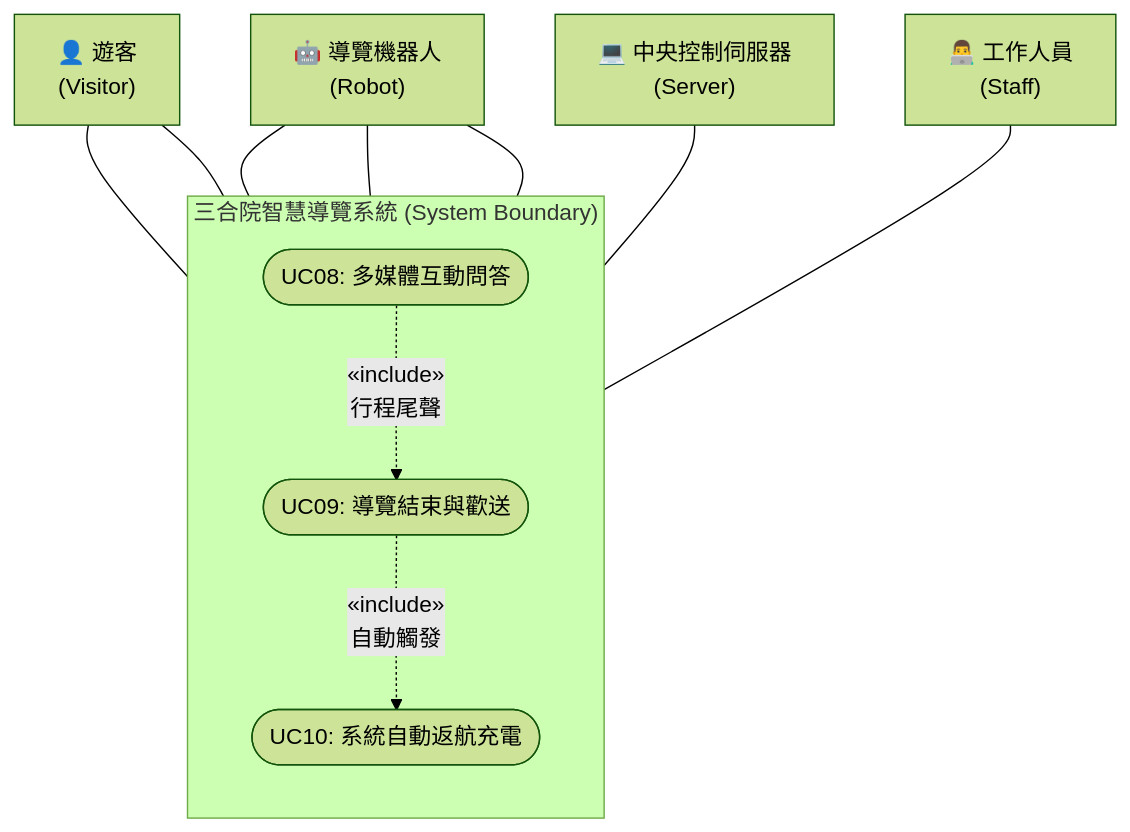
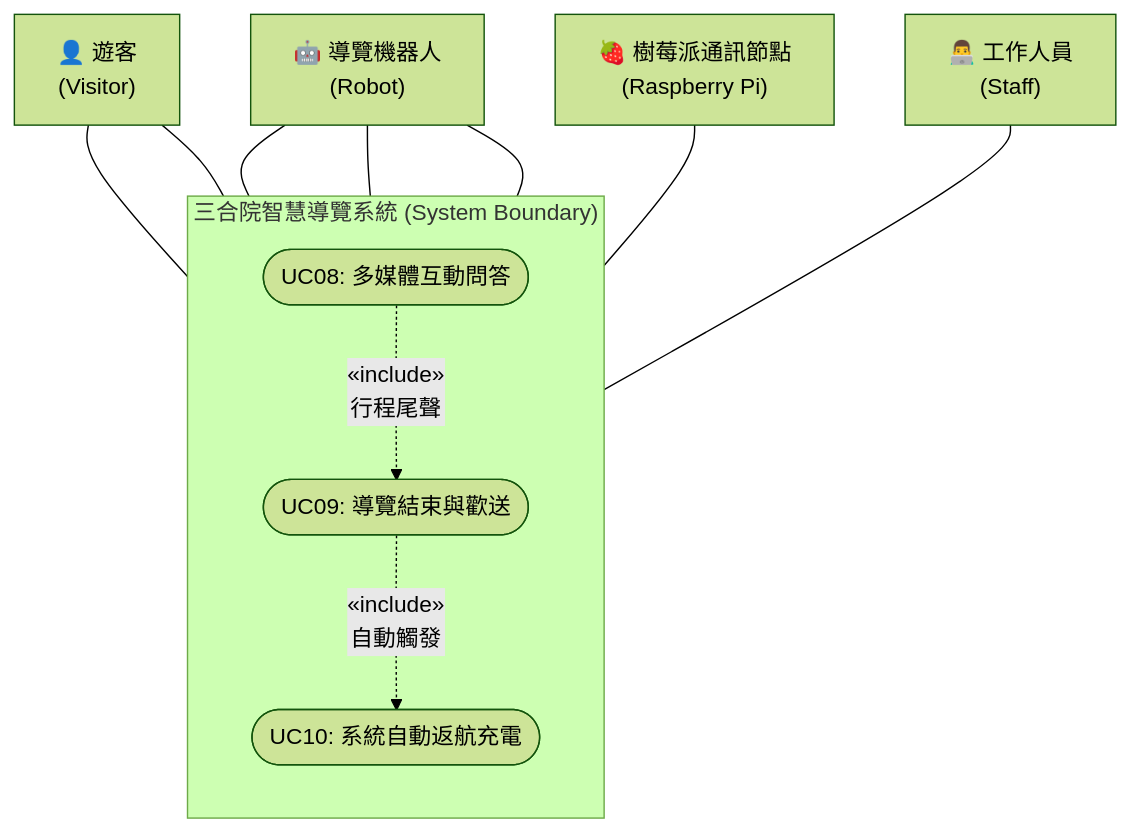
Before and after one commit to jims100008-lang/mobile-multimedia-guide: the diagram in UC08-UC10.md, drawn with Mermaid (forest theme). The commit also changed other lines of this file and 11 other files, not shown here.

Commit message:
docs: replace field server with Raspberry Pi gateway

````diff
--- a/UC08-UC10.md
+++ b/UC08-UC10.md
@@ -44,30 +44,30 @@
 ```mermaid
 graph TB
     %% 系統邊界
     subgraph 三合院智慧導覽系統 ["三合院智慧導覽系統 (System Boundary)"]
         direction TB
         UC08(["UC08: 多媒體互動問答"])
         UC09(["UC09: 導覽結束與歡送"])
         UC10(["UC10: 系統自動返航充電"])
     end
 
     %% 參與者定義
     Visitor["👤 遊客<br/>(Visitor)"]
     Robot["🤖 導覽機器人<br/>(Robot)"]
-    Server["💻 中央控制伺服器<br/>(Server)"]
+    Pi["🍓 樹莓派通訊節點<br/>(Raspberry Pi)"]
     Staff["👨‍💻 工作人員<br/>(Staff)"]
 
     %% 參與者與用例之關聯 (Association)
     Visitor --- UC08
     Robot --- UC08
     Visitor --- UC09
     Robot --- UC09
     Robot --- UC10
-    Server --- UC10
+    Pi --- UC10
     Staff --- UC10
 
     %% 用例之間的相依性擴充關係 (Include / Extend)
     UC08 -.->|"&laquo;include&raquo;"<br/>行程尾聲 | UC09
     UC09 -.->|"&laquo;include&raquo;"<br/>自動觸發 | UC10
 
 ```
````
